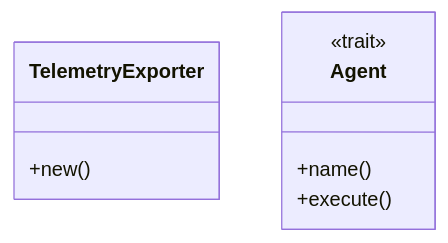
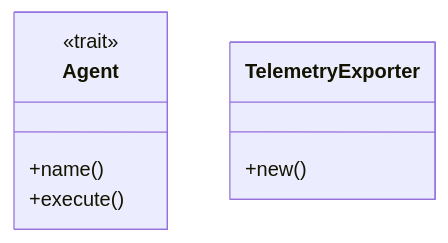
Before and after one commit to lgcorzo/rust_CACD_autonomous_factory: the first of 2 diagrams in openwiki/crates/factory-application/src/index.md, drawn with Mermaid. The commit also changed other lines of this file and 37 other files, not shown here.

Commit message:
docs: generate ISO compliant OpenWiki architecture documentation

````diff
--- a/openwiki/crates/factory-application/src/index.md
+++ b/openwiki/crates/factory-application/src/index.md
@@ -20,13 +20,13 @@
 ```mermaid
 classDiagram
     direction BT
-    class TelemetryExporter {
-        +new()
-    }
     class Agent {
         <<trait>>
         +name()
         +execute()
     }
+    class TelemetryExporter {
+        +new()
+    }
 
 ```
````
